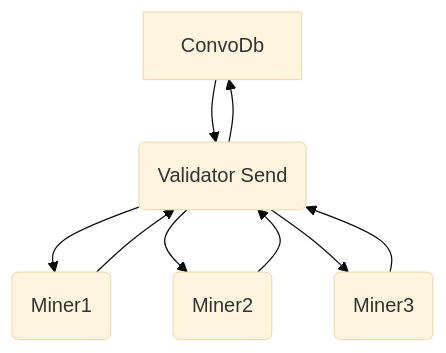
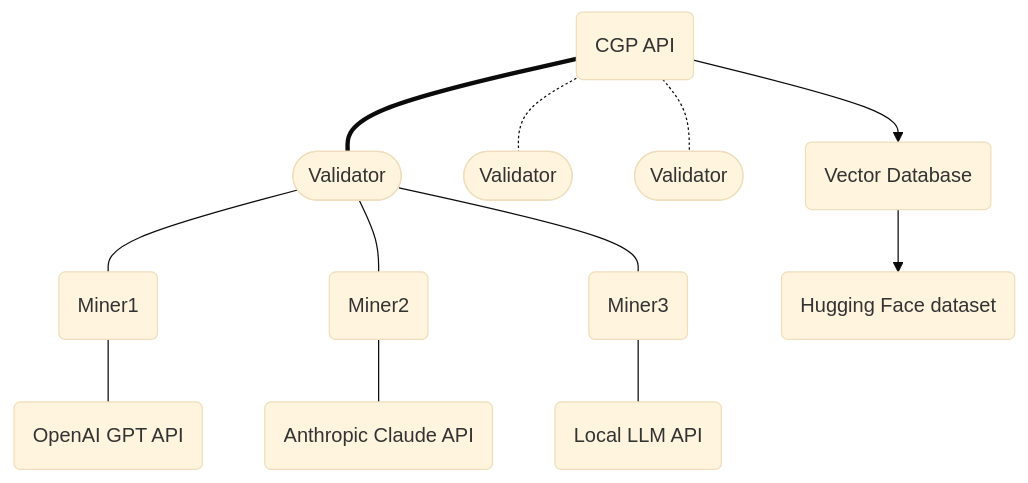
Before and after one commit to opentensor/bittensor-subnet-template: the first of 2 diagrams in README.md, drawn with Mermaid (base theme).

Commit message:
DJR:Clearer diagram

````diff
--- a/README.md
+++ b/README.md
@@ -29,11 +29,15 @@
 ```mermaid
 flowchart TD
-    A[ConvoDb] --> B(Validator Send)
-    B --> C(Miner1)
-    B --> D(Miner2)
-    B --> E(Miner3)
-    C --> B
-    D --> B
-    E --> B
-    B --> A
+    A(CGP API) === Validator1([Validator])
+    A -.- Validator2([Validator])
+    A -.- Validator3([Validator])
+    Validator1 --- C(Miner1)
+    Validator1 --- D(Miner2)
+    Validator1 --- E(Miner3)
+    C --- GPT(OpenAI GPT API)
+    D --- CLAUDE(Anthropic Claude API)
+    E --- LLM(Local LLM API)
+    A --> VECTOR(Vector Database)
+    VECTOR --> PUBLIC(Hugging Face dataset)
+    click PUBLIC "https://huggingface.co/" _blank
 ```
````
